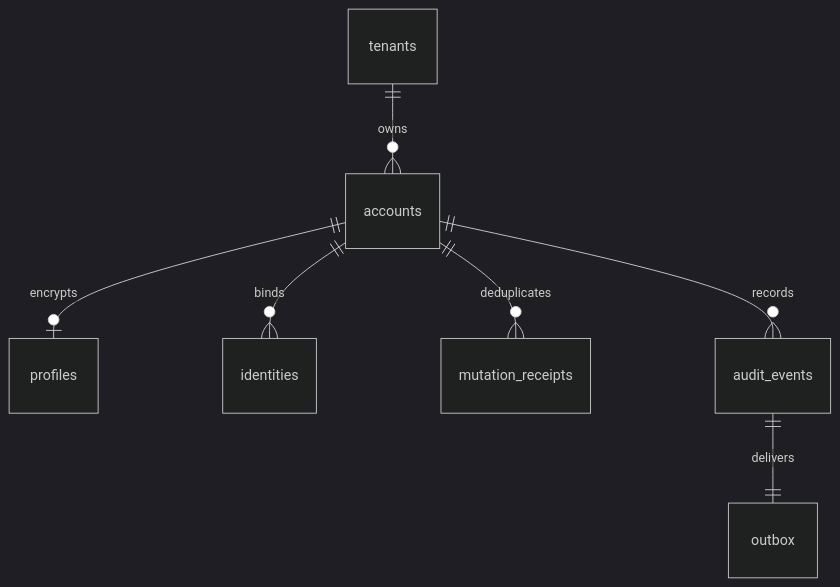
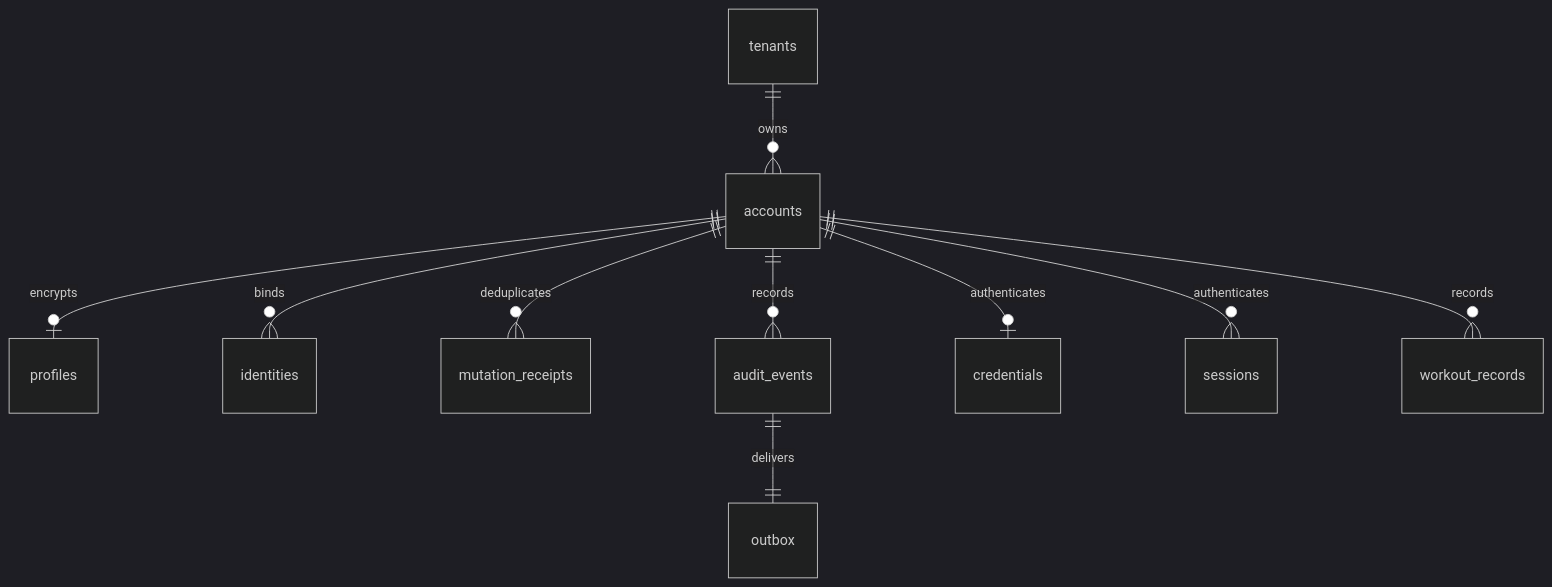
The diagram in docs/user-database.md (Acidmoon/Fitness-ai), drawn with Mermaid (dark theme) before and after one commit. The commit also changed other lines of this file and 10 other files, not shown here.

First line of the commit message:
feat: add auth and workout history schema with history service

````diff
--- a/docs/user-database.md
+++ b/docs/user-database.md
@@ -21,9 +21,12 @@
 ```mermaid
 erDiagram
   tenants ||--o{ accounts : owns
   accounts ||--o| profiles : encrypts
   accounts ||--o{ identities : binds
   accounts ||--o{ mutation_receipts : deduplicates
   accounts ||--o{ audit_events : records
   audit_events ||--|| outbox : delivers
+  accounts ||--o| credentials : authenticates
+  accounts ||--o{ sessions : authenticates
+  accounts ||--o{ workout_records : records
 ```
````
